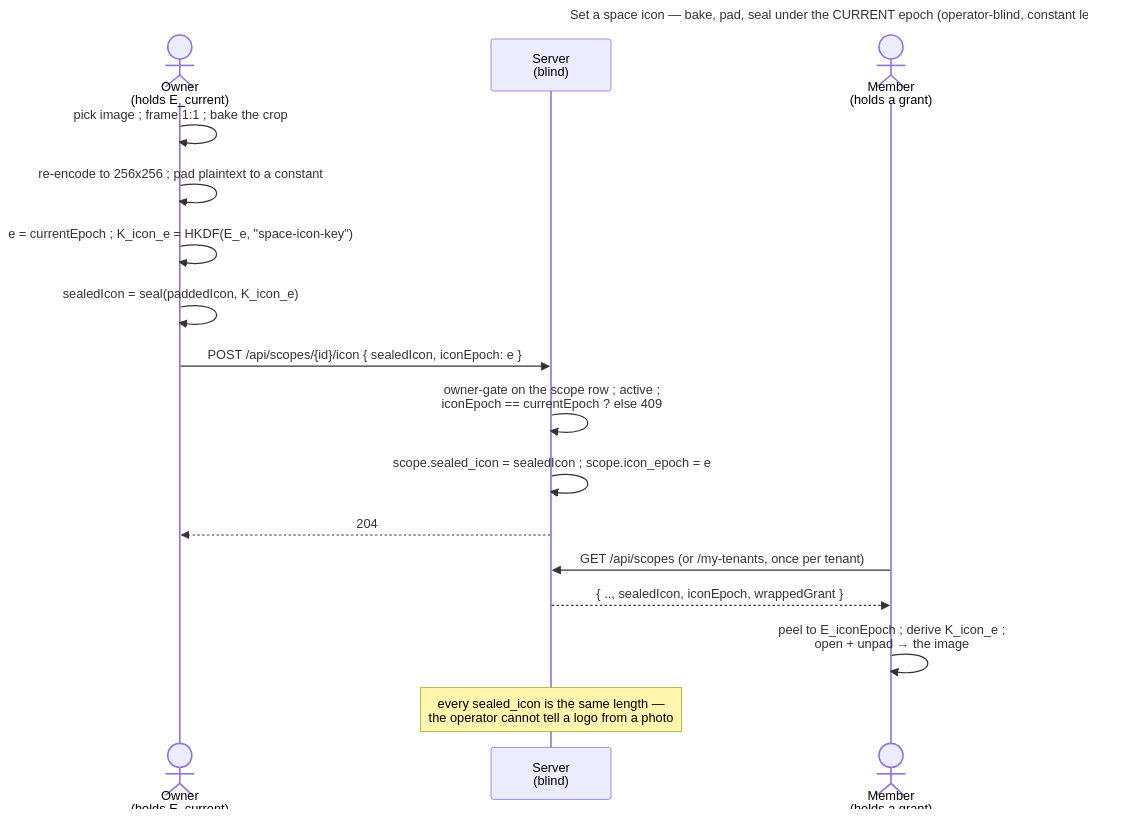
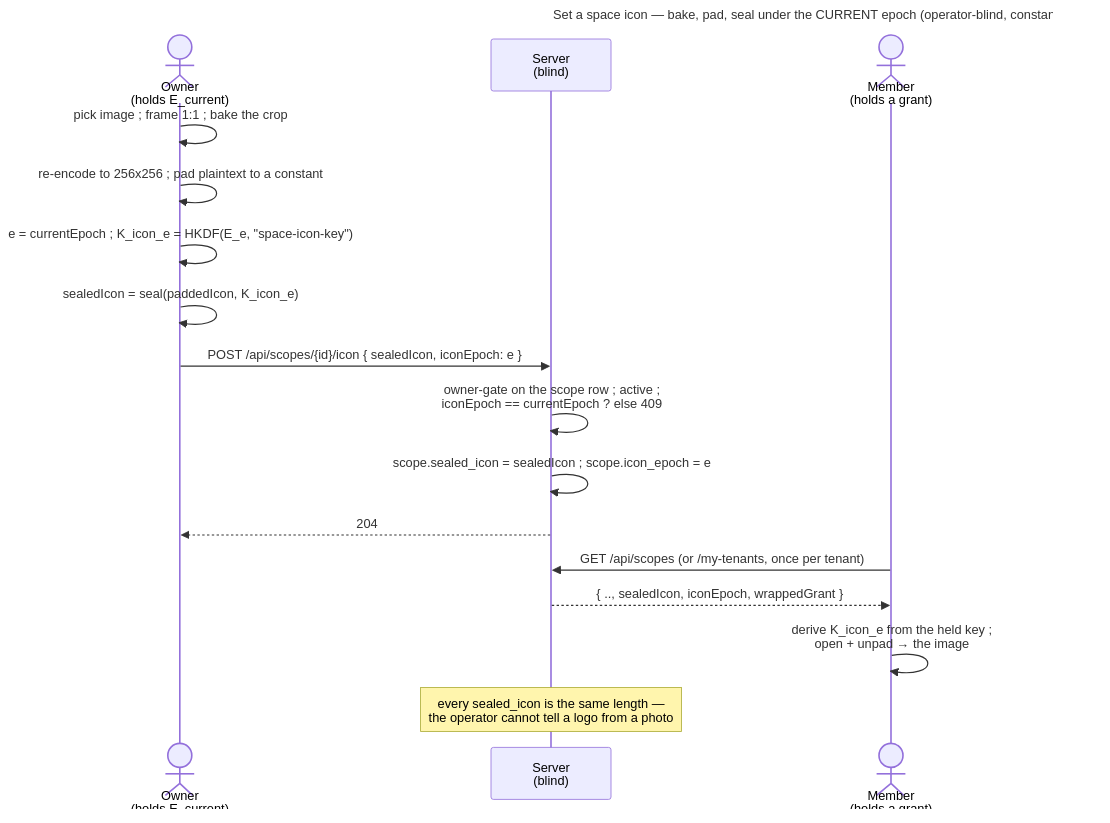
One commit to raddatzk/veyq changed the diagram in docs/features/spaces/use-cases/uc.spaces.set-space-icon.md. Above: the diagram before and after it, drawn with Mermaid. The commit also changed other lines of this file and 80 other files, not shown here.

````diff
--- a/docs/features/spaces/use-cases/uc.spaces.set-space-icon.md
+++ b/docs/features/spaces/use-cases/uc.spaces.set-space-icon.md
@@ -72,21 +73,21 @@
 ```mermaid
 ---
 title: Set a space icon — bake, pad, seal under the CURRENT epoch (operator-blind, constant length)
 ---
 sequenceDiagram
   actor O as Owner<br>(holds E_current)
   participant S as Server<br>(blind)
   actor M as Member<br>(holds a grant)
   O->>O: pick image #59; frame 1:1 #59; bake the crop
   O->>O: re-encode to 256x256 #59; pad plaintext to a constant
   O->>O: e = currentEpoch #59; K_icon_e = HKDF(E_e, "space-icon-key")
   O->>O: sealedIcon = seal(paddedIcon, K_icon_e)
   O->>S: POST /api/scopes/{id}/icon { sealedIcon, iconEpoch: e }
   S->>S: owner-gate on the scope row #59; active #59;<br>iconEpoch == currentEpoch ? else 409
   S->>S: scope.sealed_icon = sealedIcon #59; scope.icon_epoch = e
   S-->>O: 204
   M->>S: GET /api/scopes  (or /my-tenants, once per tenant)
   S-->>M: { .., sealedIcon, iconEpoch, wrappedGrant }
-  M->>M: peel to E_iconEpoch #59; derive K_icon_e #59;<br>open + unpad → the image
+  M->>M: derive K_icon_e from the held key #59;<br>open + unpad → the image
   Note over S: every sealed_icon is the same length —<br>the operator cannot tell a logo from a photo
 ```
````
